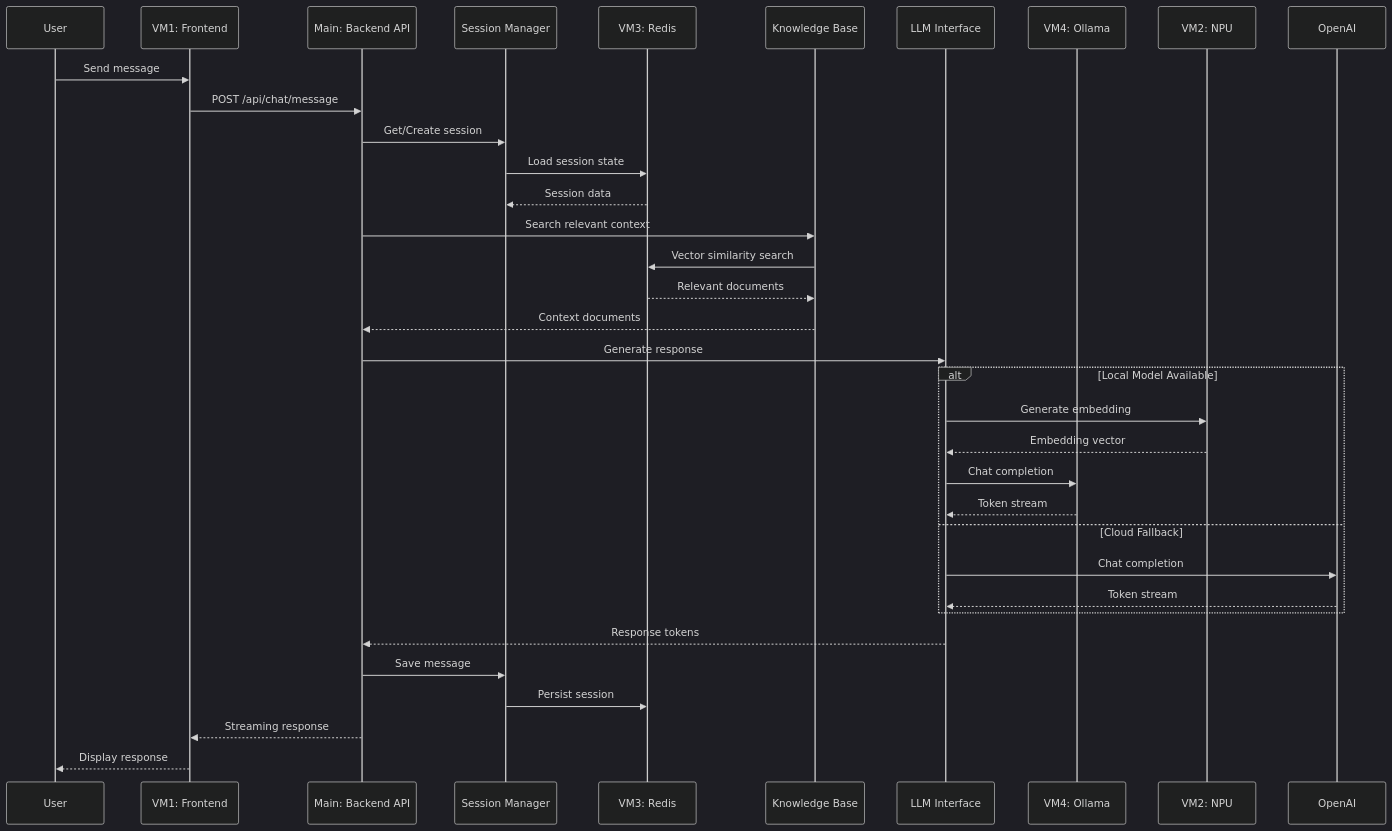
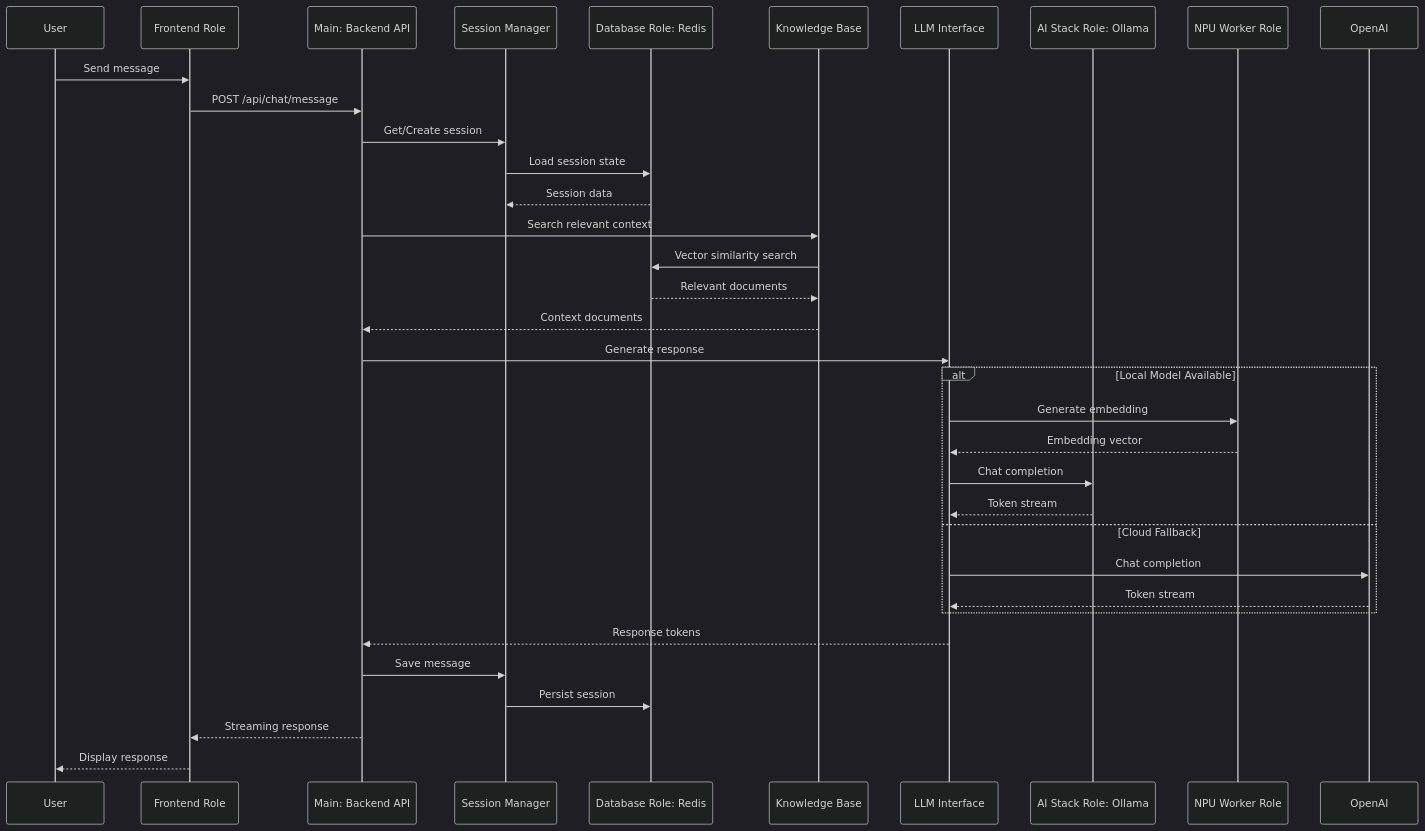
Before and after one commit to mrveiss/AutoBot-AI: the second of 8 diagrams in docs/architecture/data-flows.md, drawn with Mermaid (dark theme). The commit also changed other lines of this file and 13 other files, not shown here.

````diff
--- a/docs/architecture/data-flows.md
+++ b/docs/architecture/data-flows.md
@@ -76,42 +76,42 @@
 ```mermaid
 sequenceDiagram
     participant User
-    participant Frontend as VM1: Frontend
+    participant Frontend as Frontend Role
     participant API as Main: Backend API
     participant Session as Session Manager
-    participant Redis as VM3: Redis
+    participant Redis as Database Role: Redis
     participant KB as Knowledge Base
     participant LLM as LLM Interface
-    participant Ollama as VM4: Ollama
-    participant NPU as VM2: NPU
+    participant Ollama as AI Stack Role: Ollama
+    participant NPU as NPU Worker Role
 
     User->>Frontend: Send message
     Frontend->>API: POST /api/chat/message
 
     API->>Session: Get/Create session
     Session->>Redis: Load session state
     Redis-->>Session: Session data
 
     API->>KB: Search relevant context
     KB->>Redis: Vector similarity search
     Redis-->>KB: Relevant documents
     KB-->>API: Context documents
 
     API->>LLM: Generate response
 
     alt Local Model Available
         LLM->>NPU: Generate embedding
         NPU-->>LLM: Embedding vector
         LLM->>Ollama: Chat completion
         Ollama-->>LLM: Token stream
     else Cloud Fallback
         LLM->>OpenAI: Chat completion
         OpenAI-->>LLM: Token stream
     end
 
     LLM-->>API: Response tokens
     API->>Session: Save message
     Session->>Redis: Persist session
     API-->>Frontend: Streaming response
     Frontend-->>User: Display response
 ```
````
